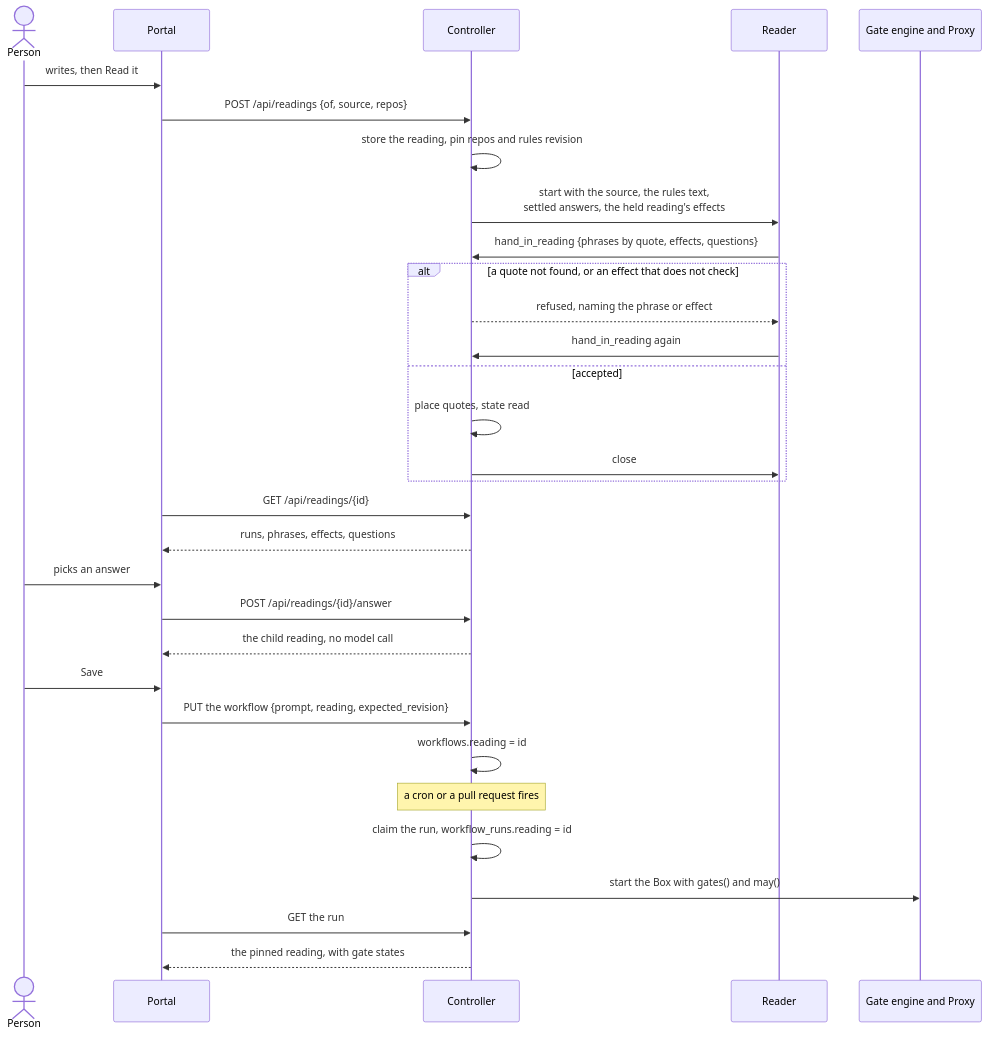
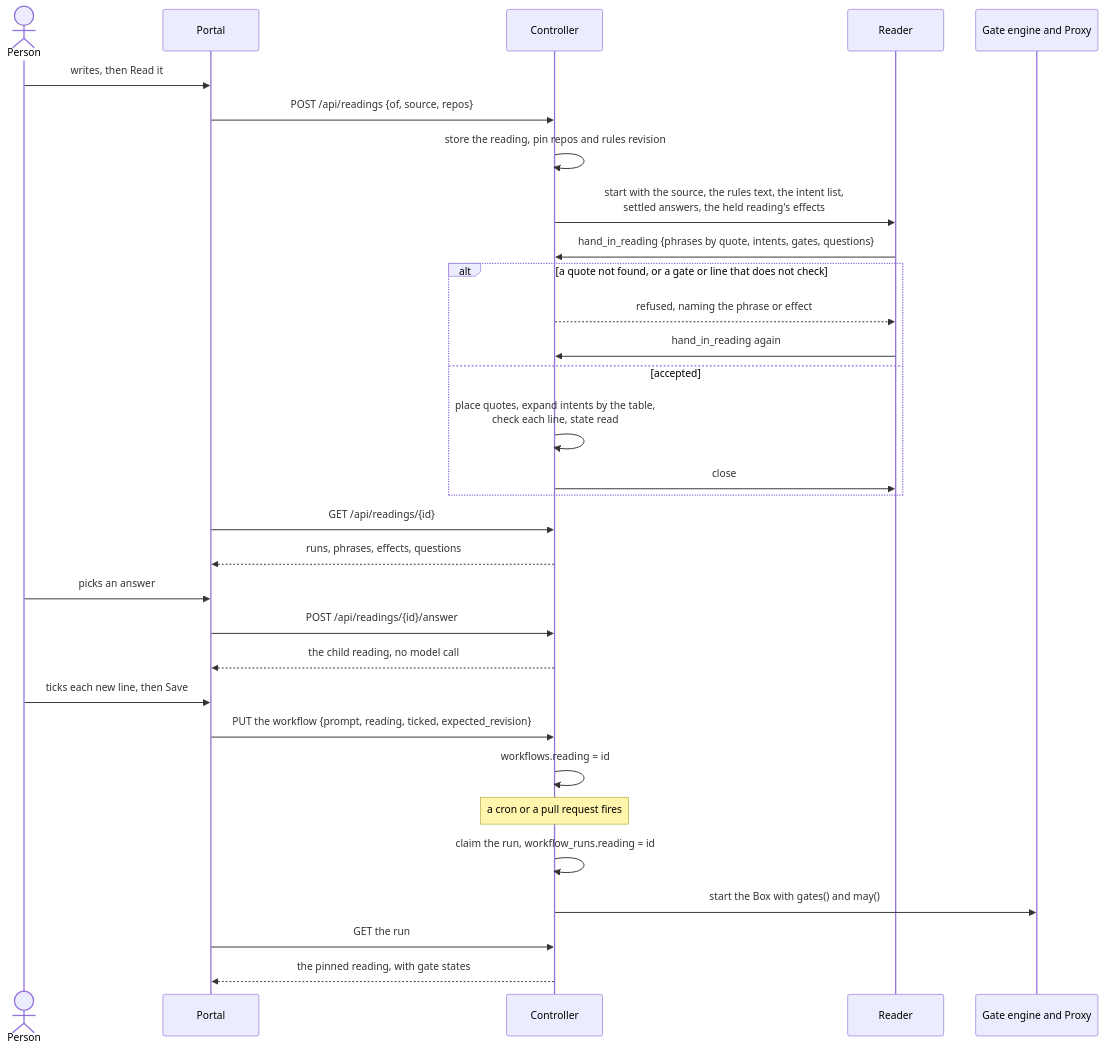
Before and after one commit to IniZio/moor: the second of 2 diagrams in docs/specs/prompt-reading.md, drawn with Mermaid. The commit also changed other lines of this file, not shown here.

First line of the commit message:
docs(specs): derive may lines from intents and a table (#1727)

````diff
--- a/docs/specs/prompt-reading.md
+++ b/docs/specs/prompt-reading.md
@@ -273,33 +571,33 @@
 ```mermaid
 sequenceDiagram
 	actor P as Person
 	participant W as Portal
 	participant C as Controller
 	participant R as Reader
 	participant E as Gate engine and Proxy
 	P->>W: writes, then Read it
 	W->>C: POST /api/readings {of, source, repos}
 	C->>C: store the reading, pin repos and rules revision
-	C->>R: start with the source, the rules text,<br/>settled answers, the held reading's effects
-	R->>C: hand_in_reading {phrases by quote, effects, questions}
-	alt a quote not found, or an effect that does not check
+	C->>R: start with the source, the rules text, the intent list,<br/>settled answers, the held reading's effects
+	R->>C: hand_in_reading {phrases by quote, intents, gates, questions}
+	alt a quote not found, or a gate or line that does not check
 		C-->>R: refused, naming the phrase or effect
 		R->>C: hand_in_reading again
 	else accepted
-		C->>C: place quotes, state read
+		C->>C: place quotes, expand intents by the table,<br/>check each line, state read
 		C->>R: close
 	end
 	W->>C: GET /api/readings/{id}
 	C-->>W: runs, phrases, effects, questions
 	P->>W: picks an answer
 	W->>C: POST /api/readings/{id}/answer
 	C-->>W: the child reading, no model call
-	P->>W: Save
-	W->>C: PUT the workflow {prompt, reading, expected_revision}
+	P->>W: ticks each new line, then Save
+	W->>C: PUT the workflow {prompt, reading, ticked, expected_revision}
 	C->>C: workflows.reading = id
 	Note over C: a cron or a pull request fires
 	C->>C: claim the run, workflow_runs.reading = id
 	C->>E: start the Box with gates() and may()
 	W->>C: GET the run
 	C-->>W: the pinned reading, with gate states
 ```
````
